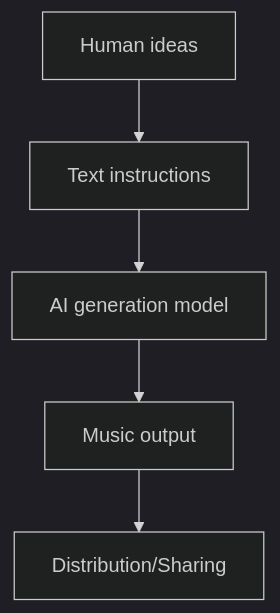
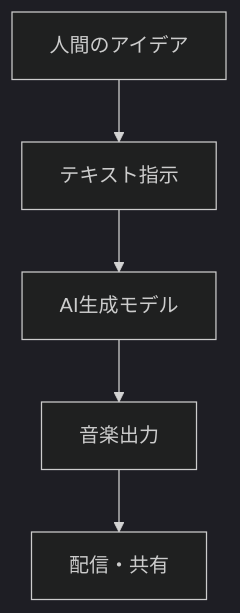
Before and after one commit to monumental-movement/monumental-movement.github.io: the first of 4 diagrams in en/_posts/2026-06-27-column-ai-music-future.md, drawn with Mermaid (dark theme). The commit also changed other lines of this file and 2196 other files, not shown here.

```diff
--- a/en/_posts/2026-06-27-column-ai-music-future.md
+++ b/en/_posts/2026-06-27-column-ai-music-future.md
@@ -66,7 +66,7 @@
 <div class="mermaid">
 flowchart TD
-A["Human ideas"] --> B["Text instructions"]
-B --> C["AI generation model"]
-C --> D["Music output"]
-D --> E["Distribution/Sharing"]
+A["人間のアイデア"] --> B["テキスト指示"]
+B --> C["AI生成モデル"]
+C --> D["音楽出力"]
+D --> E["配信・共有"]
 </div>
```
